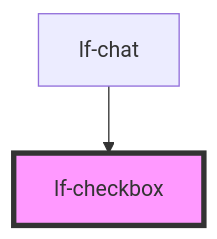
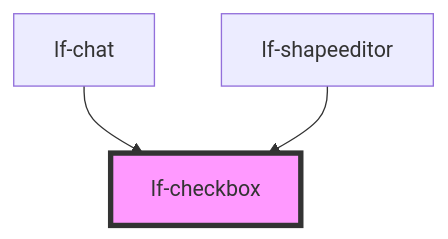
One commit to lucafoscili/lf-widgets changed the diagram in packages/core/src/components/lf-checkbox/readme.md. Above: the diagram before and after it, drawn with Mermaid. The commit also changed other lines of this file and 27 other files, not shown here.

````diff
--- a/packages/core/src/components/lf-checkbox/readme.md
+++ b/packages/core/src/components/lf-checkbox/readme.md
@@ -140,5 +141,6 @@
 ```mermaid
 graph TD;
   lf-chat --> lf-checkbox
+  lf-shapeeditor --> lf-checkbox
   style lf-checkbox fill:#f9f,stroke:#333,stroke-width:4px
 ```
````
